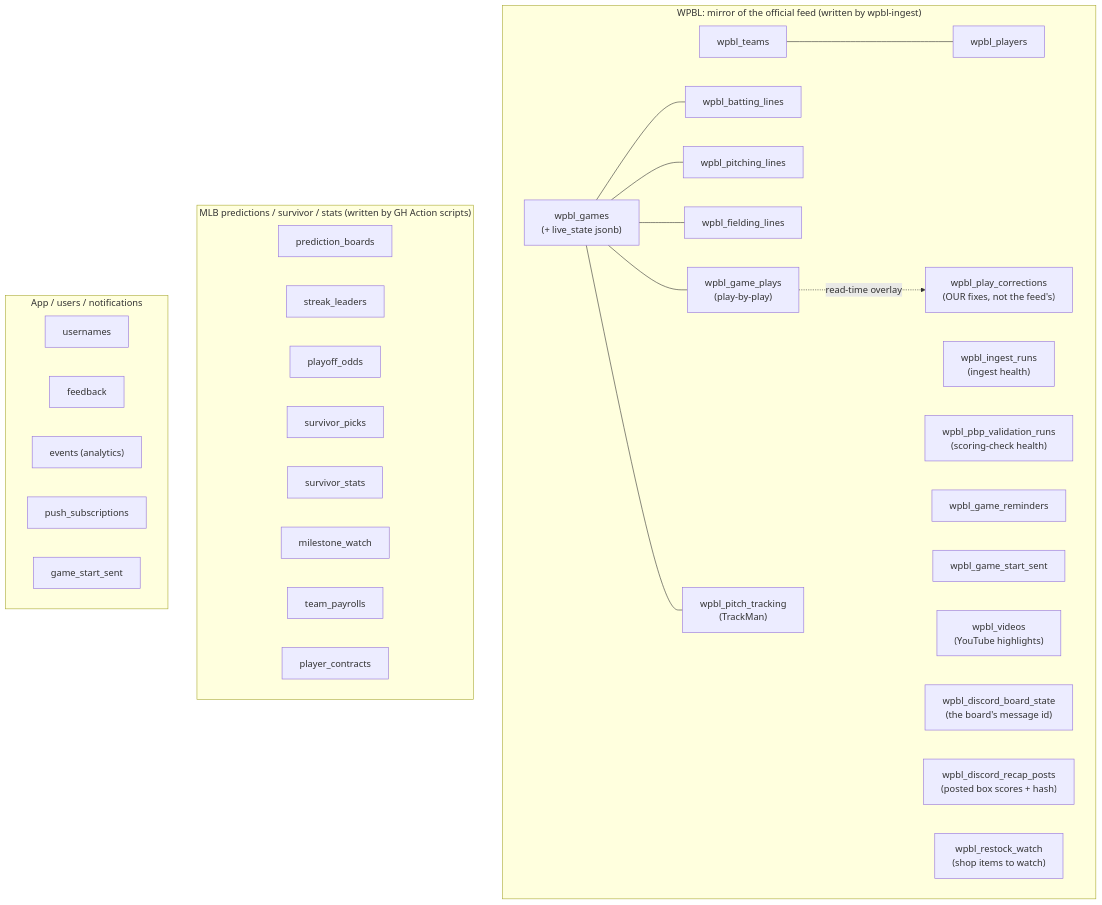
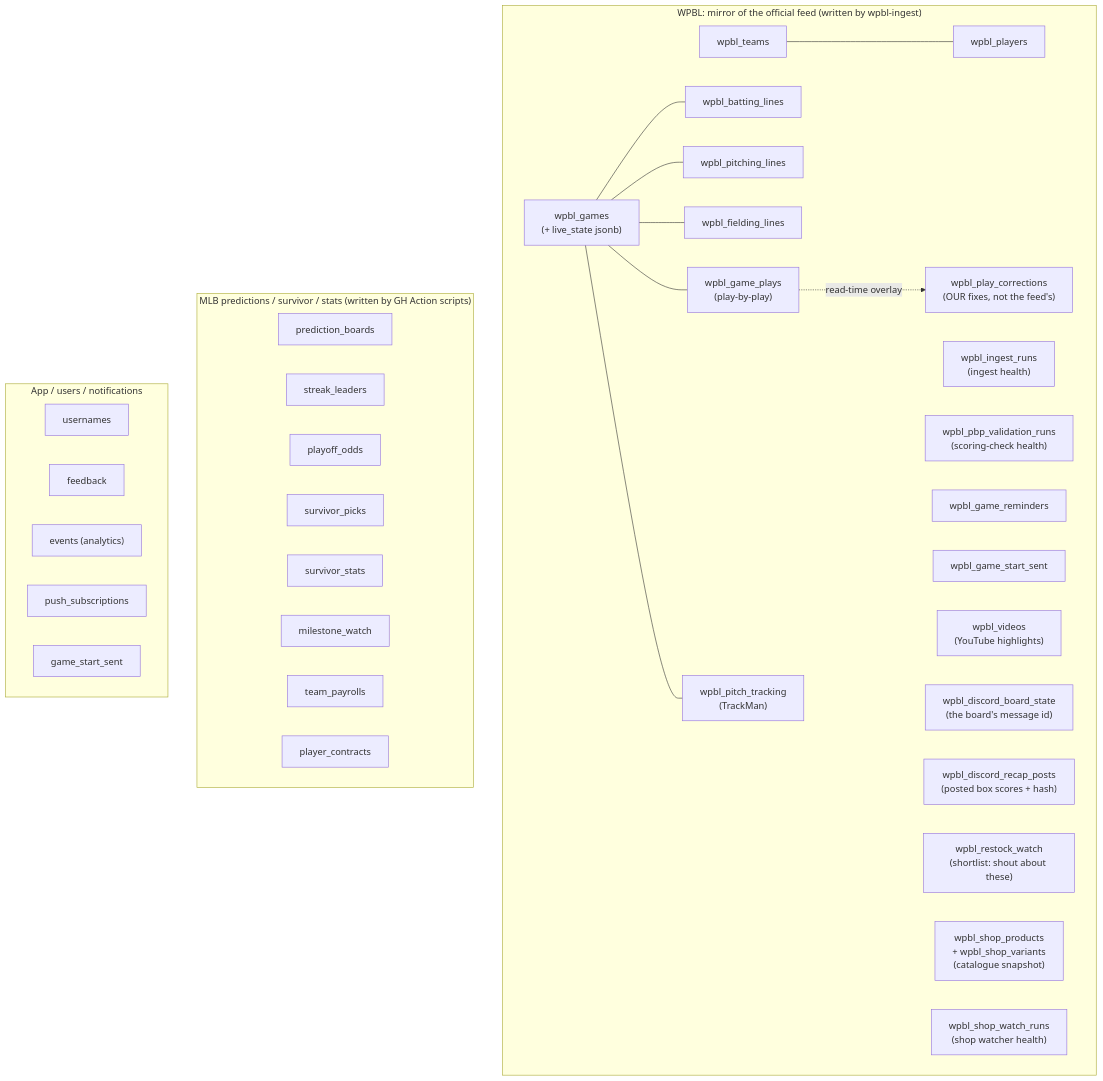
Before and after one commit to sportydolphin/fun: the third of 5 diagrams in ARCHITECTURE.md, drawn with Mermaid. The commit also changed other lines of this file and 6 other files, not shown here.

First line of the commit message:
Shop: watch the whole store, not one cap

````diff
--- a/ARCHITECTURE.md
+++ b/ARCHITECTURE.md
@@ -164,45 +164,47 @@
 ```mermaid
 flowchart TB
     subgraph WPBL["WPBL: mirror of the official feed (written by wpbl-ingest)"]
         t_teams["wpbl_teams"]
         t_players["wpbl_players"]
         t_games["wpbl_games<br/>(+ live_state jsonb)"]
         t_bat["wpbl_batting_lines"]
         t_pit["wpbl_pitching_lines"]
         t_field["wpbl_fielding_lines"]
         t_plays["wpbl_game_plays<br/>(play-by-play)"]
         t_track["wpbl_pitch_tracking<br/>(TrackMan)"]
         t_runs["wpbl_ingest_runs<br/>(ingest health)"]
         t_pbpval["wpbl_pbp_validation_runs<br/>(scoring-check health)"]
         t_rem["wpbl_game_reminders"]
         t_wsent["wpbl_game_start_sent"]
         t_vid["wpbl_videos<br/>(YouTube highlights)"]
         t_board["wpbl_discord_board_state<br/>(the board's message id)"]
         t_recap["wpbl_discord_recap_posts<br/>(posted box scores + hash)"]
         t_corr["wpbl_play_corrections<br/>(OUR fixes, not the feed's)"]
-        t_restock["wpbl_restock_watch<br/>(shop items to watch)"]
+        t_restock["wpbl_restock_watch<br/>(shortlist: shout about these)"]
+        t_shopp["wpbl_shop_products<br/>+ wpbl_shop_variants<br/>(catalogue snapshot)"]
+        t_shopr["wpbl_shop_watch_runs<br/>(shop watcher health)"]
     end
 
     subgraph MLB["MLB predictions / survivor / stats (written by GH Action scripts)"]
         m_boards["prediction_boards"]
         m_streaks["streak_leaders"]
         m_odds["playoff_odds"]
         m_surv["survivor_picks"]
         m_survs["survivor_stats"]
         m_mile["milestone_watch"]
         m_pay["team_payrolls"]
         m_contract["player_contracts"]
     end
 
     subgraph APP["App / users / notifications"]
         a_users["usernames"]
         a_feed["feedback"]
         a_events["events (analytics)"]
         a_push["push_subscriptions"]
         a_sent["game_start_sent"]
     end
 
     t_teams --- t_players
     t_games --- t_bat & t_pit & t_field & t_plays & t_track
     t_plays -.->|read-time overlay| t_corr
 ```
````
